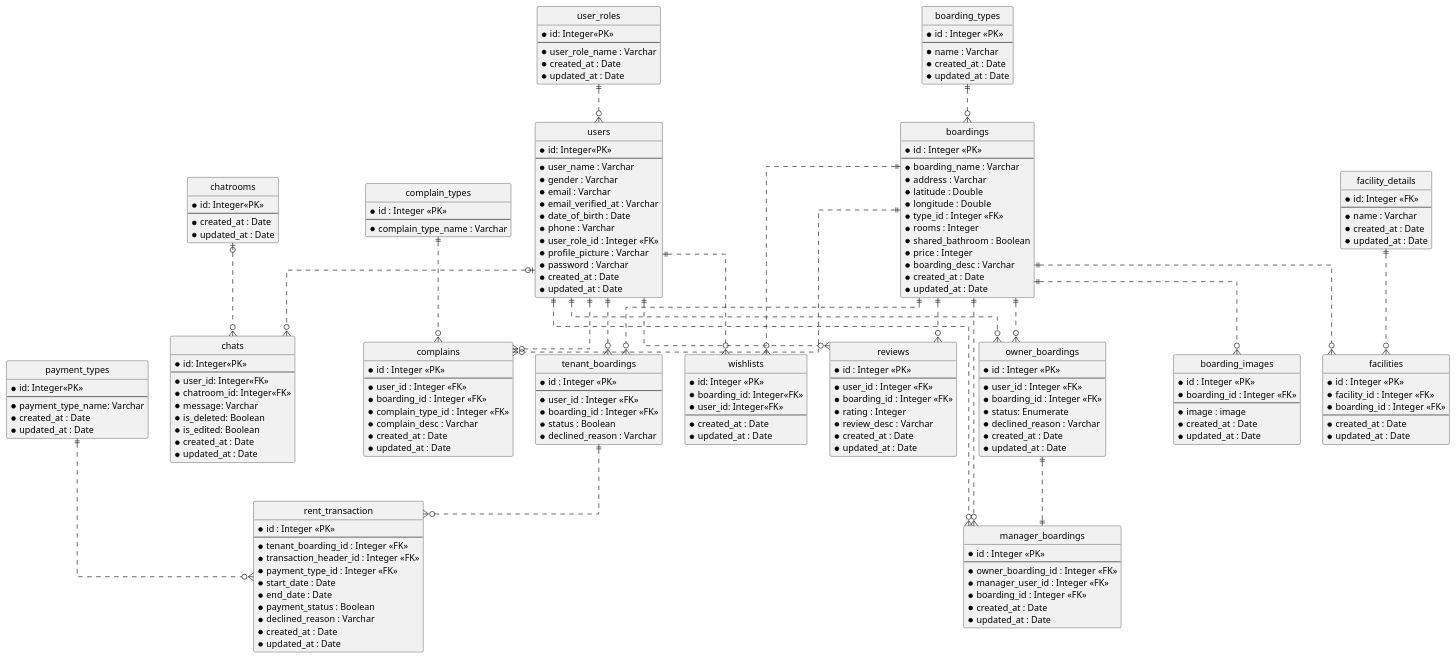
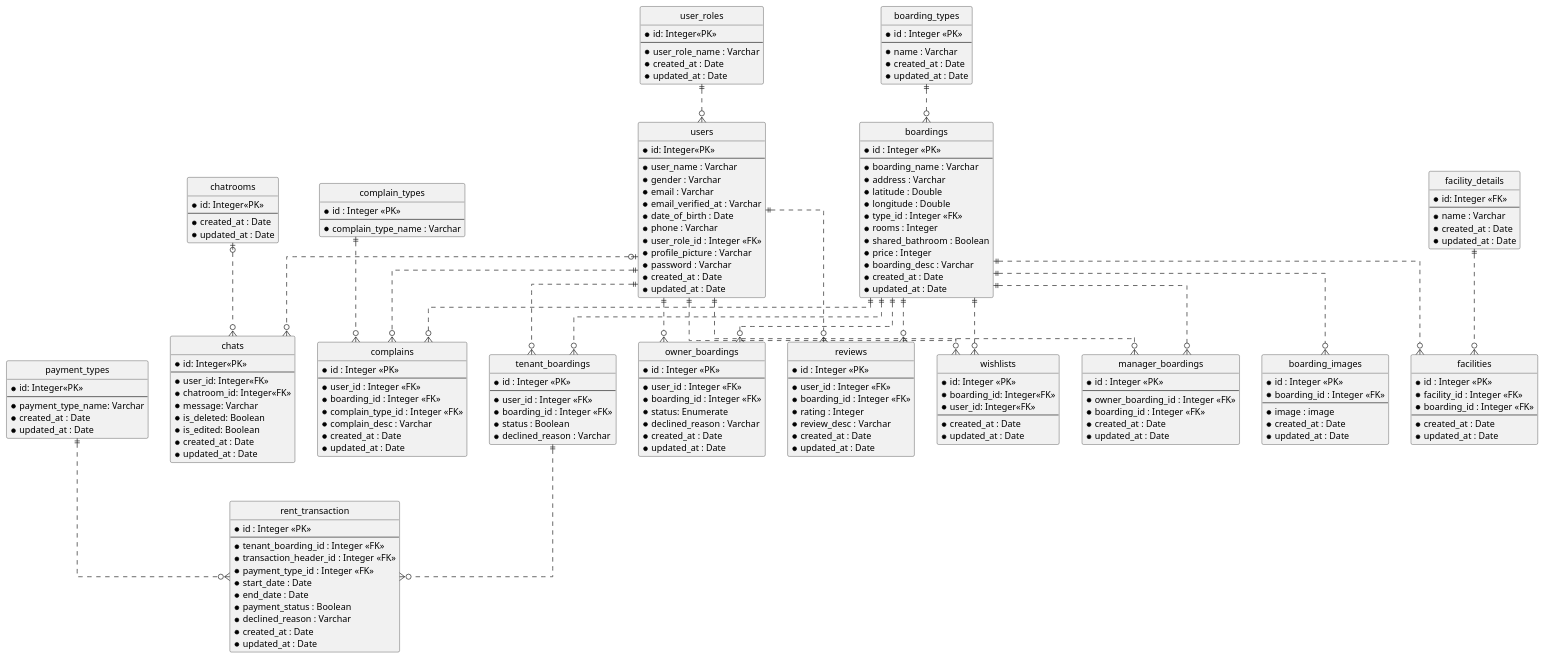
Before and after one commit to AntWort21/BHFMS: the diagram in Design/BHFMS_ERD.puml, drawn with PlantUML. The commit also changed 23 other files, not shown here.

```diff
--- a/Design/BHFMS_ERD.puml
+++ b/Design/BHFMS_ERD.puml
@@ -127,7 +127,6 @@
   *id : Integer <<PK>>
   --
   *owner_boarding_id : Integer <<FK>>
-  *manager_user_id : Integer <<FK>>
   *boarding_id : Integer <<FK>>
   *created_at : Date
   *updated_at : Date
@@ -214,7 +213,7 @@
 
 usr ||..o{ mabh
 bh ||.o{ mabh
-lobh ||..|| mabh
+' lobh ||..|| mabh
 
 usr ||..o{ rvw
 bh ||..o{ rvw
```
